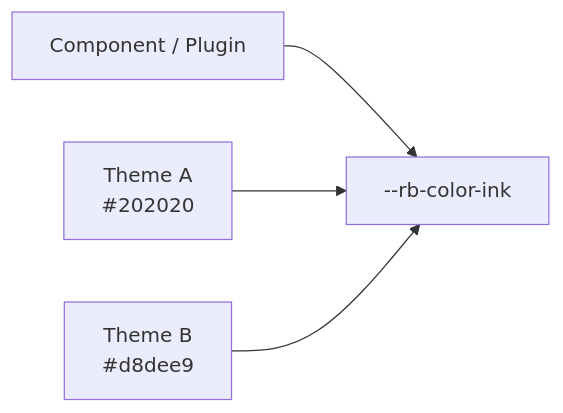
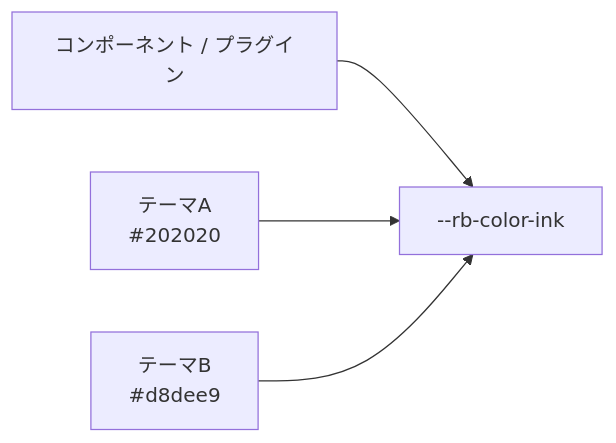
One commit to Rerurate514/riebeckite changed the diagram in docs/docs/framework/theme-system/tokens.ja.md. Above: the diagram before and after it, drawn with Mermaid. The commit also changed other lines of this file and 310 other files, not shown here.

````diff
--- a/docs/docs/framework/theme-system/tokens.ja.md
+++ b/docs/docs/framework/theme-system/tokens.ja.md
@@ -34,11 +18,11 @@
 ```mermaid id="e6x8ou"
 flowchart LR
-    UI["Component / Plugin"]
+    UI["コンポーネント / プラグイン"]
     Token["--rb-color-ink"]
-    ThemeA["Theme A<br/>#202020"]
-    ThemeB["Theme B<br/>#d8dee9"]
+    ThemeA["テーマA<br/>#202020"]
+    ThemeB["テーマB<br/>#d8dee9"]
 
     UI --> Token
     ThemeA --> Token
     ThemeB --> Token
 ```
````
